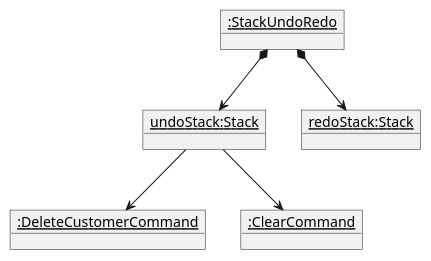
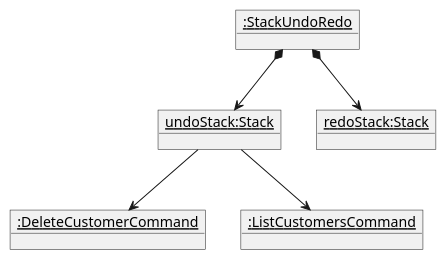
Before and after one commit to nus-cs2103-AY2223S2/tp: the diagram in docs/diagrams/UndoRedo7.puml, drawn with PlantUML. The commit also changed 2 other files, not shown here.

Commit message:
change clear to list

```diff
--- a/docs/diagrams/UndoRedo7.puml
+++ b/docs/diagrams/UndoRedo7.puml
@@ -1,12 +1,12 @@
 @startuml
 object "__:StackUndoRedo__" as s1
 object "__undoStack:Stack__" as s2
 object "__redoStack:Stack__" as s3
 object "__:DeleteCustomerCommand__" as d1
-object "__:ClearCommand__" as a1
+object "__:ListCustomersCommand__" as a1
 
 s1 *--> s2
 s1 *--> s3
 s2 --> d1
 s2 --> a1
 @enduml
```
